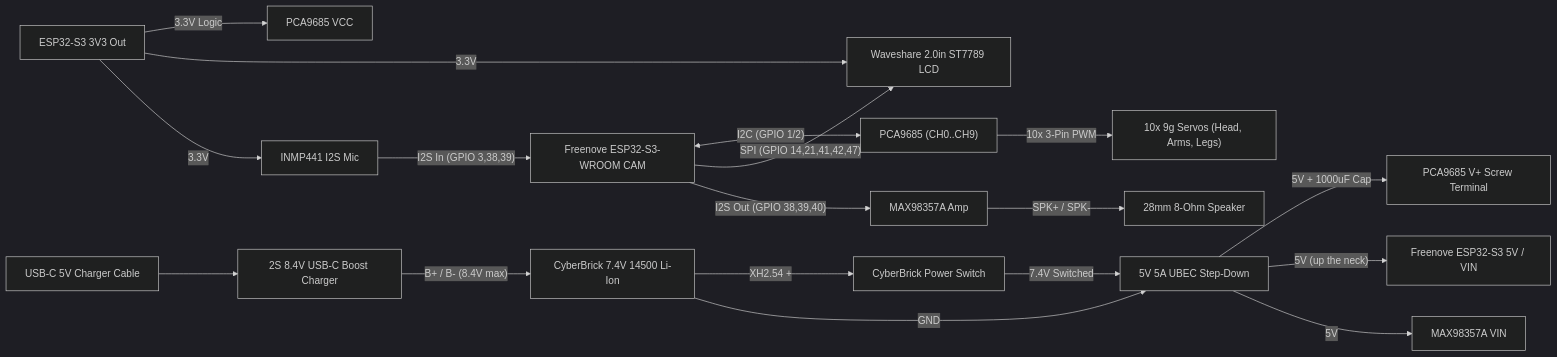
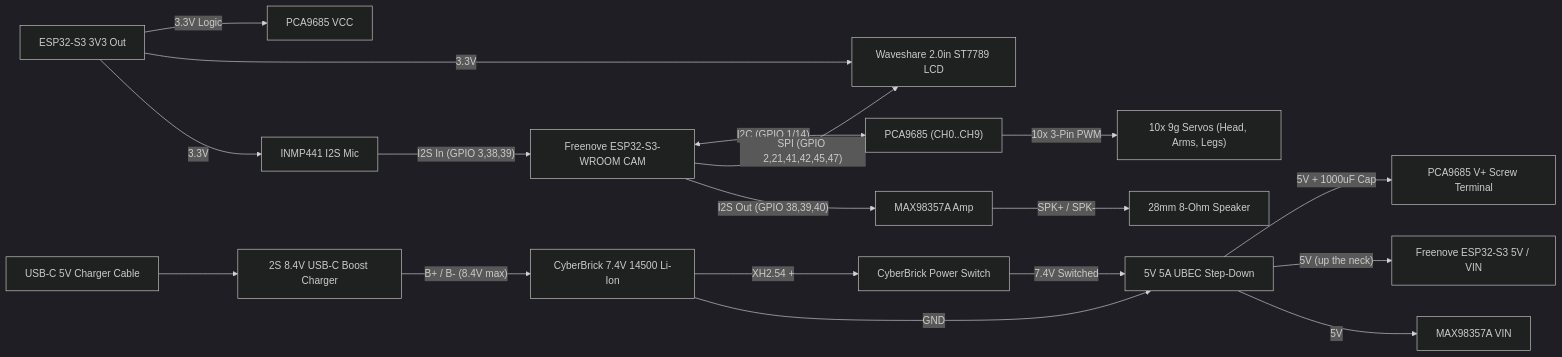
The diagram in cad/WIRING_DIAGRAM.md (dpgoodings/rocky-robot), drawn with Mermaid (dark theme) before and after one commit. The commit also changed other lines of this file and 2 other files, not shown here.

Commit message:
docs: add complete Rocky-S3 BUILD.md guide, refresh README, and fix SCL/SPI pin notes in wiring diagram

````diff
--- a/cad/WIRING_DIAGRAM.md
+++ b/cad/WIRING_DIAGRAM.md
@@ -12,23 +12,23 @@
 ```mermaid
 flowchart LR
   USBC["USB-C 5V Charger Cable"] --> CHG["2S 8.4V USB-C Boost Charger"]
   CHG -->|"B+ / B- (8.4V max)"| BATT["CyberBrick 7.4V 14500 Li-Ion"]
   BATT -->|"XH2.54 +"| SW["CyberBrick Power Switch"]
   SW -->|"7.4V Switched"| UBEC["5V 5A UBEC Step-Down"]
   BATT -->|"GND"| UBEC
 
   UBEC -->|"5V + 1000uF Cap"| PCA_VP["PCA9685 V+ Screw Terminal"]
   UBEC -->|"5V (up the neck)"| S3_5V["Freenove ESP32-S3 5V / VIN"]
   UBEC -->|"5V"| AMP_VIN["MAX98357A VIN"]
 
   S3_3V["ESP32-S3 3V3 Out"] -->|"3.3V Logic"| PCA_VCC["PCA9685 VCC"]
   S3_3V -->|"3.3V"| LCD["Waveshare 2.0in ST7789 LCD"]
   S3_3V -->|"3.3V"| MIC["INMP441 I2S Mic"]
 
-  S3["Freenove ESP32-S3-WROOM CAM"] <-->|"I2C (GPIO 1/2)"| PCA["PCA9685 (CH0..CH9)"]
-  S3 -->|"SPI (GPIO 14,21,41,42,47)"| LCD
+  S3["Freenove ESP32-S3-WROOM CAM"] <-->|"I2C (GPIO 1/14)"| PCA["PCA9685 (CH0..CH9)"]
+  S3 -->|"SPI (GPIO 2,21,41,42,45,47)"| LCD
   MIC -->|"I2S In (GPIO 3,38,39)"| S3
   S3 -->|"I2S Out (GPIO 38,39,40)"| AMP["MAX98357A Amp"]
   AMP -->|"SPK+ / SPK-"| SPK["28mm 8-Ohm Speaker"]
   PCA -->|"10x 3-Pin PWM"| SERVOS["10x 9g Servos (Head, Arms, Legs)"]
 ```
````
